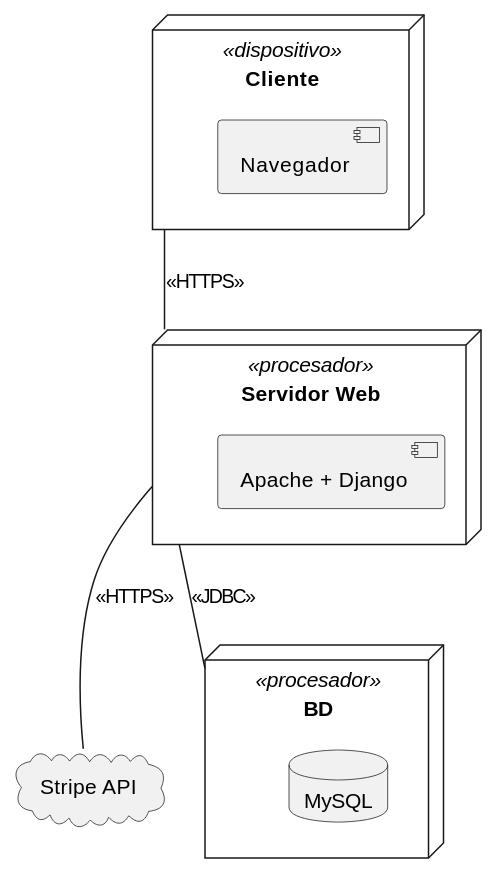
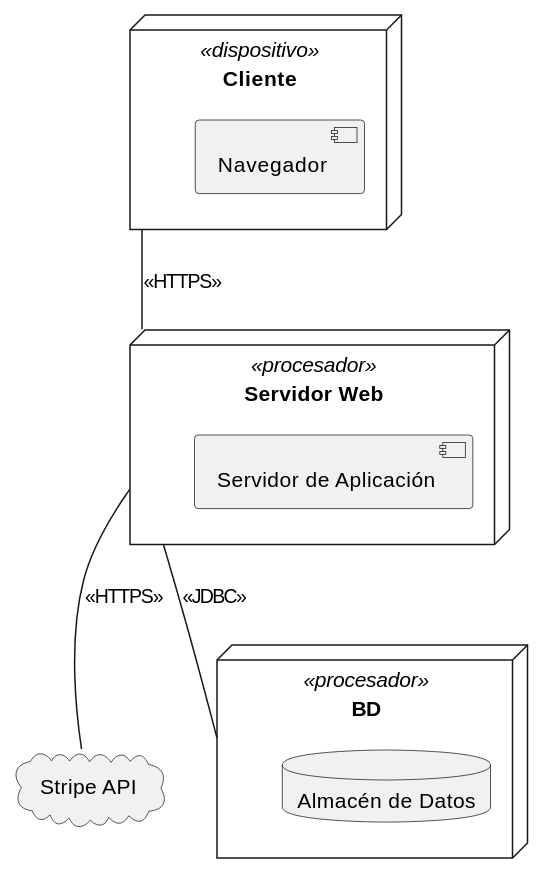
The diagram in source/base-cognitiva/_uml/cuando-usar-cada-diagrama/diagrama-de-distribucion.rst (jcg-admin/IACT-docs), drawn with PlantUML before and after one commit. The commit also changed 2 other files, not shown here.

Commit message:
Apply STD-010 vocab to _uml pedagogical examples (WP-G 3/4)
Replace tech names with abstract vocabulary in distribution diagram
examples and Kruchten concerns/principles/decisions chapter.

Transformations:
- "Apache + Django" -> "Servidor de Aplicacion"
- database "MySQL" / "PostgreSQL" -> database "Almacen de Datos"
- "stack PostgreSQL + Node.js" -> "stack del Almacen de Datos y del
  Servicio de Aplicacion"
- "PostgreSQL para audit_log... Node.js para API" -> "el Almacen de
  Datos... el Servicio de Aplicacion"
- "audit_log en PostgreSQL" -> "audit_log en el Almacen de Datos"

Stripe API preserved as §2.4 external system.

Refs: WP-G STD-010 cleanup

```diff
--- a/source/base-cognitiva/_uml/cuando-usar-cada-diagrama/diagrama-de-distribucion.rst
+++ b/source/base-cognitiva/_uml/cuando-usar-cada-diagrama/diagrama-de-distribucion.rst
@@ -13,19 +13,19 @@
 .. uml::
 
    @startuml
 
    node "Cliente" <<dispositivo>> as C {
      component "Navegador"
    }
    node "Servidor Web" <<procesador>> as W {
-     component "Apache + Django"
+     component "Servidor de Aplicación"
    }
    node "BD" <<procesador>> as BASE_DATOS {
-     database "MySQL"
+     database "Almacén de Datos"
    }
    cloud "Stripe API" as S
 
    C -- W : <<HTTPS>>
    W -- BASE_DATOS : <<JDBC>>
    W -- S  : <<HTTPS>>
    @enduml
```
